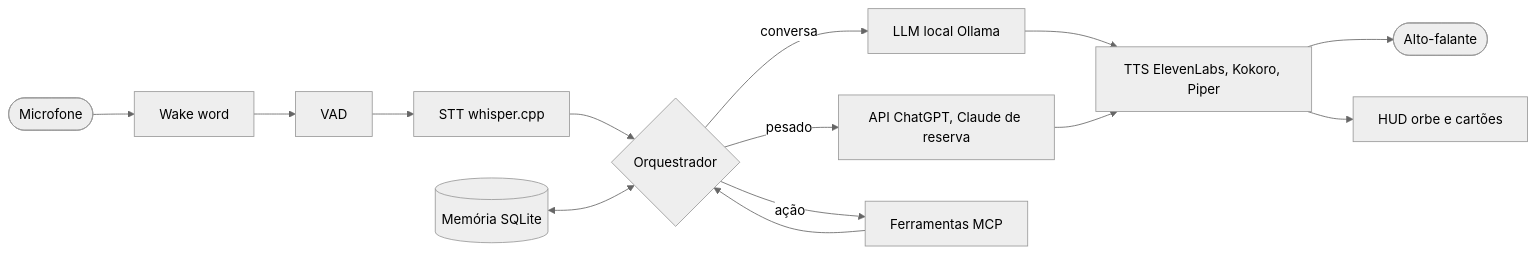
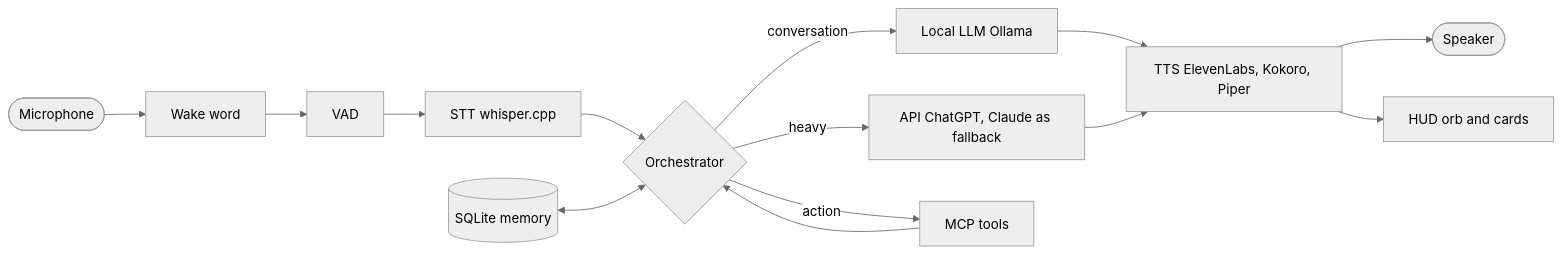
Before and after one commit to Gabitoprof/Nora: the third of 4 diagrams in docs/MAPA_MENTAL.md, drawn with Mermaid (neutral theme). The commit also changed other lines of this file and 81 other files, not shown here.

````diff
--- a/docs/MAPA_MENTAL.md
+++ b/docs/MAPA_MENTAL.md
@@ -159,14 +159,14 @@
 ```mermaid
 flowchart LR
-  mic(["Microfone"]) --> ww["Wake word"] --> vad["VAD"] --> stt["STT whisper.cpp"]
-  stt --> orq{"Orquestrador"}
-  orq -->|conversa| local["LLM local Ollama"]
-  orq -->|pesado| api["API ChatGPT, Claude de reserva"]
-  orq -->|ação| mcp["Ferramentas MCP"]
-  mem[("Memória SQLite")] <--> orq
+  mic(["Microphone"]) --> ww["Wake word"] --> vad["VAD"] --> stt["STT whisper.cpp"]
+  stt --> orq{"Orchestrator"}
+  orq -->|conversation| local["Local LLM Ollama"]
+  orq -->|heavy| api["API ChatGPT, Claude as fallback"]
+  orq -->|action| mcp["MCP tools"]
+  mem[("SQLite memory")] <--> orq
   local --> tts["TTS ElevenLabs, Kokoro, Piper"]
   api --> tts
   mcp --> orq
-  tts --> spk(["Alto-falante"])
-  tts --> hud["HUD orbe e cartões"]
+  tts --> spk(["Speaker"])
+  tts --> hud["HUD orb and cards"]
 ```
````
